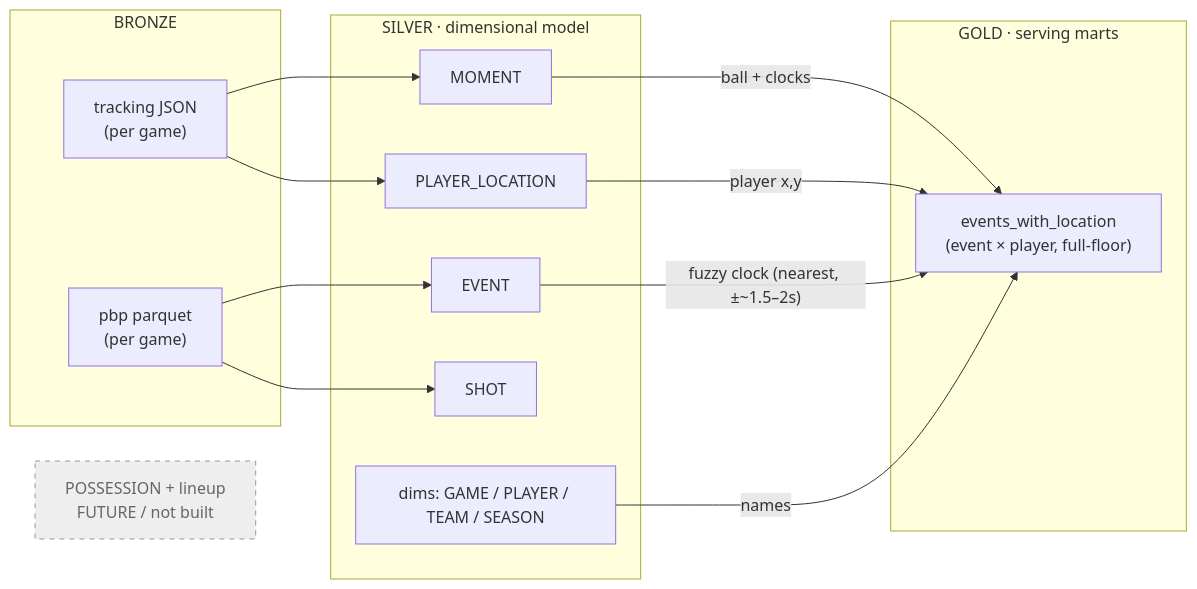
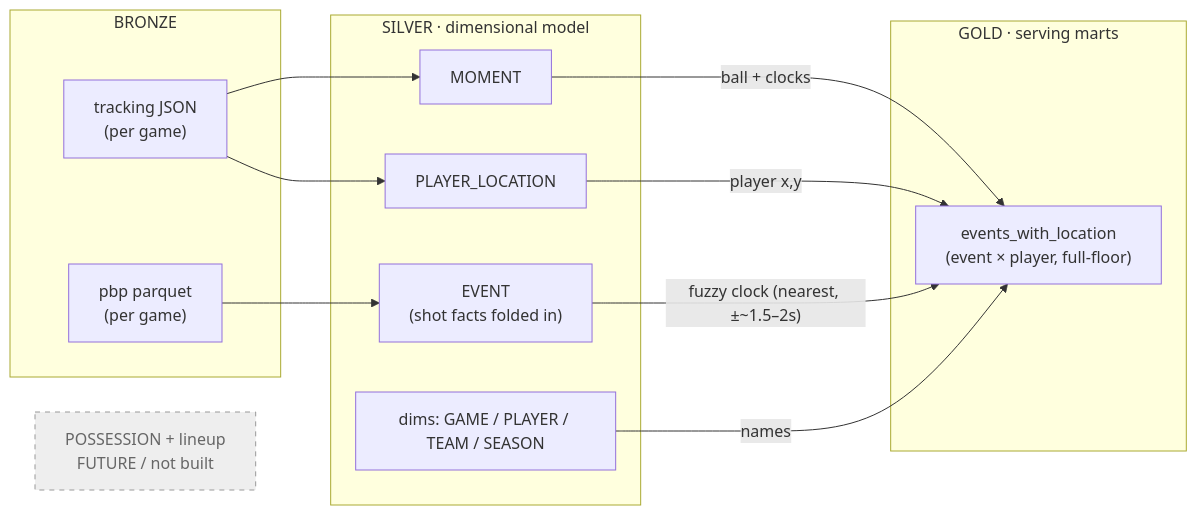
Before and after one commit to chris-monzon/nba_data_platform: the second of 2 diagrams in schema/er_diagram.md, drawn with Mermaid. The commit also changed other lines of this file and 6 other files, not shown here.

````diff
--- a/schema/er_diagram.md
+++ b/schema/er_diagram.md
@@ -143,29 +152,27 @@
 ```mermaid
 flowchart LR
     subgraph BRONZE
         b1["tracking JSON<br/>(per game)"]
         b2["pbp parquet<br/>(per game)"]
     end
     subgraph SILVER["SILVER · dimensional model"]
         s1[MOMENT]
         s2[PLAYER_LOCATION]
-        s3[EVENT]
-        s4[SHOT]
+        s3["EVENT<br/>(shot facts folded in)"]
         s5["dims: GAME / PLAYER / TEAM / SEASON"]
     end
     subgraph GOLD["GOLD · serving marts"]
         g1["events_with_location<br/>(event × player, full-floor)"]
     end
 
     b1 --> s1
     b1 --> s2
     b2 --> s3
-    b2 --> s4
     s1 -->|ball + clocks| g1
     s2 -->|player x,y| g1
     s3 -->|"fuzzy clock (nearest, ±~1.5–2s)"| g1
     s5 -->|names| g1
 
     pf["POSSESSION + lineup<br/>FUTURE / not built"]:::future
     classDef future fill:#eee,stroke:#999,stroke-dasharray:5 5,color:#666;
 ```
````
